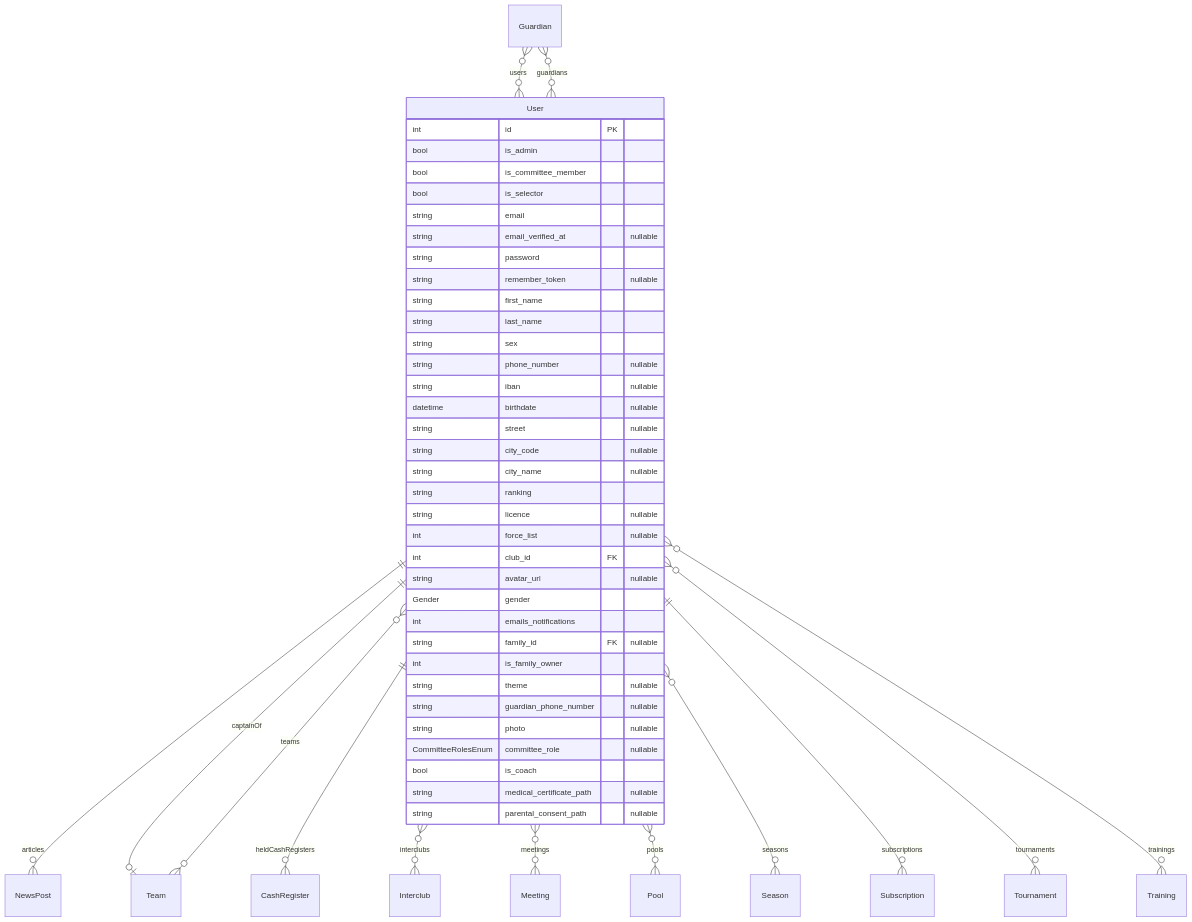
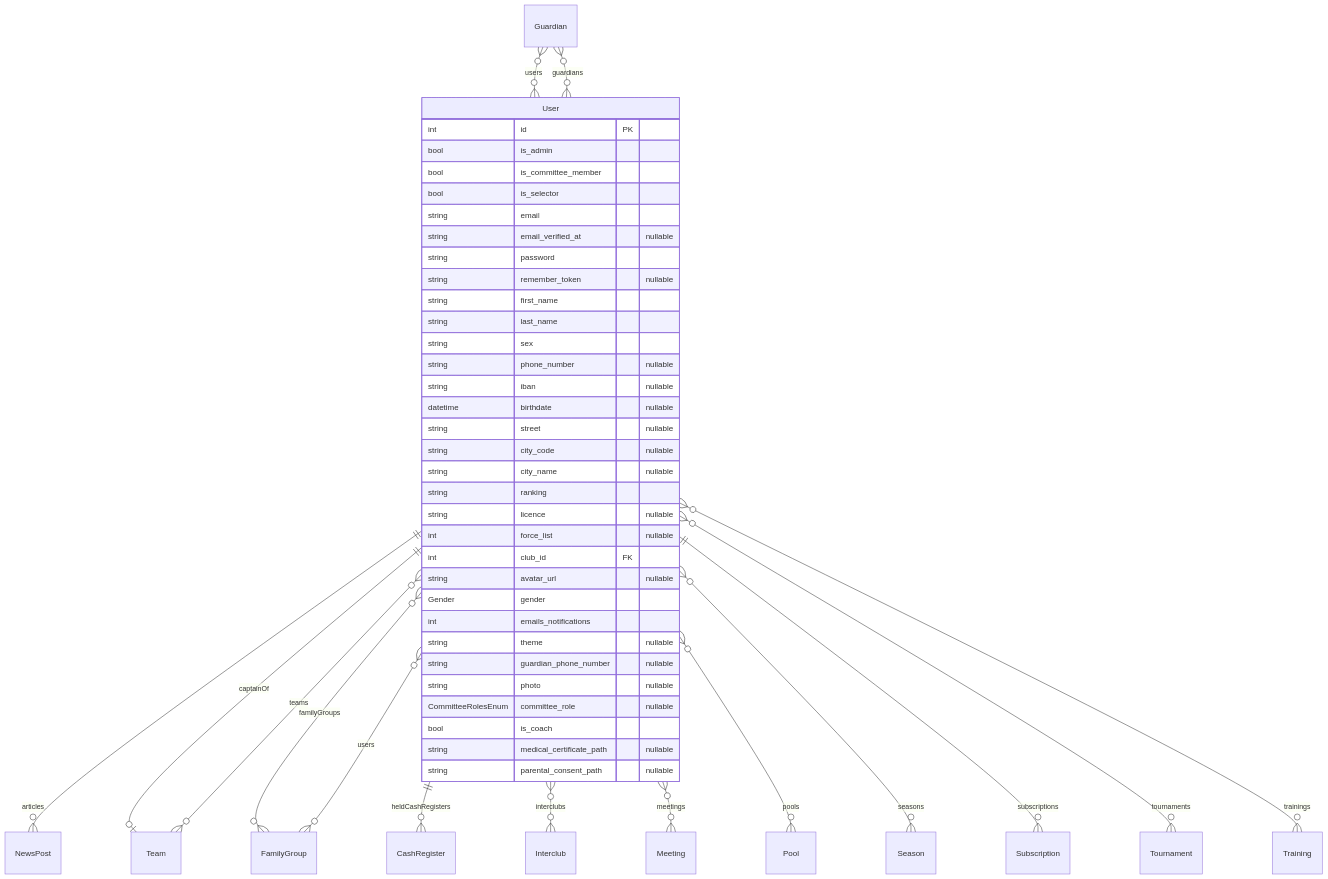
Before and after one commit to Paupoo/tabletennisclub-app: the diagram in docs/erd/clubadmin-users.md, drawn with Mermaid. The commit also changed 22 other files, not shown here.

````diff
--- a/docs/erd/clubadmin-users.md
+++ b/docs/erd/clubadmin-users.md
@@ -3,54 +3,56 @@
 ```mermaid
 erDiagram
     Guardian {
     }
     User {
         int id PK
         bool is_admin
         bool is_committee_member
         bool is_selector
         string email
         string email_verified_at "nullable"
         string password
         string remember_token "nullable"
         string first_name
         string last_name
         string sex
         string phone_number "nullable"
         string iban "nullable"
         datetime birthdate "nullable"
         string street "nullable"
         string city_code "nullable"
         string city_name "nullable"
         string ranking
         string licence "nullable"
         int force_list "nullable"
         int club_id FK
         string avatar_url "nullable"
         Gender gender
         int emails_notifications
-        string family_id FK "nullable"
-        int is_family_owner
         string theme "nullable"
         string guardian_phone_number "nullable"
         string photo "nullable"
         CommitteeRolesEnum committee_role "nullable"
         bool is_coach
         string medical_certificate_path "nullable"
         string parental_consent_path "nullable"
     }
+    FamilyGroup {
+    }
 
     Guardian }o--o{ User : "users"
     User ||--o{ NewsPost : "articles"
     User ||--o| Team : "captainOf"
+    User }o--o{ FamilyGroup : "familyGroups"
     User }o--o{ Guardian : "guardians"
     User ||--o{ CashRegister : "heldCashRegisters"
     User }o--o{ Interclub : "interclubs"
     User }o--o{ Meeting : "meetings"
     User }o--o{ Pool : "pools"
     User }o--o{ Season : "seasons"
     User ||--o{ Subscription : "subscriptions"
     User }o--o{ Team : "teams"
     User }o--o{ Tournament : "tournaments"
     User }o--o{ Training : "trainings"
+    FamilyGroup }o--o{ User : "users"
 ```
````
